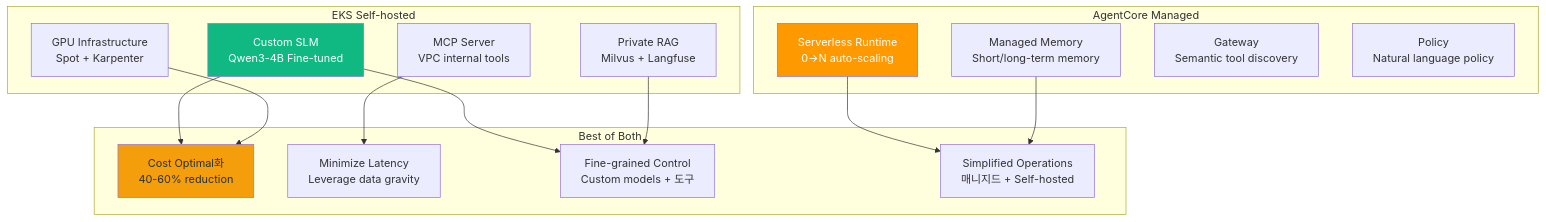
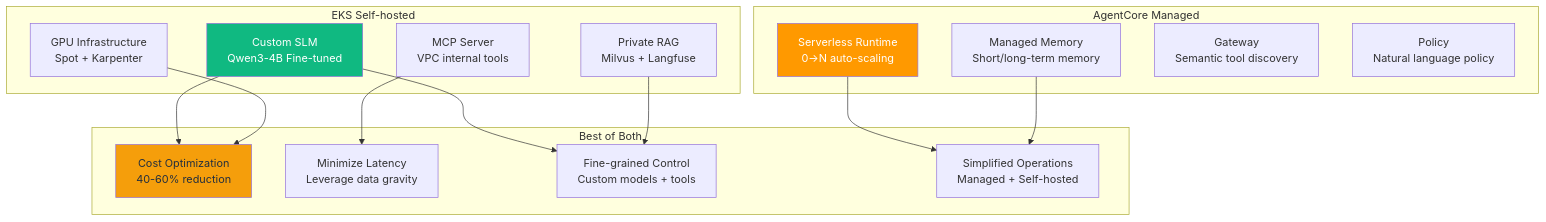
Before and after one commit to devfloor9/engineering-playbook: the first of 11 diagrams in i18n/en/docusaurus-plugin-content-docs/current/agentic-ai-platform/design-architecture/platform-selection/agentcore-hybrid-strategy.md, drawn with Mermaid. The commit also changed other lines of this file and 72 other files, not shown here.

````diff
--- a/i18n/en/docusaurus-plugin-content-docs/current/agentic-ai-platform/design-architecture/platform-selection/agentcore-hybrid-strategy.md
+++ b/i18n/en/docusaurus-plugin-content-docs/current/agentic-ai-platform/design-architecture/platform-selection/agentcore-hybrid-strategy.md
@@ -55,35 +61,35 @@
 ```mermaid
 graph TB
     subgraph "AgentCore Managed"
         AC_RUNTIME["Serverless Runtime<br/>0→N auto-scaling"]
         AC_MEMORY["Managed Memory<br/>Short/long-term memory"]
         AC_GATEWAY["Gateway<br/>Semantic tool discovery"]
         AC_POLICY["Policy<br/>Natural language policy"]
     end
     
     subgraph "EKS Self-hosted"
         EKS_SLM["Custom SLM<br/>Qwen3-4B Fine-tuned"]
         EKS_MCP["MCP Server<br/>VPC internal tools"]
         EKS_RAG["Private RAG<br/>Milvus + Langfuse"]
         EKS_INFRA["GPU Infrastructure<br/>Spot + Karpenter"]
     end
     
     subgraph "Best of Both"
-        COST["Cost Optimal화<br/>40-60% reduction"]
+        COST["Cost Optimization<br/>40-60% reduction"]
         LATENCY["Minimize Latency<br/>Leverage data gravity"]
-        CONTROL["Fine-grained Control<br/>Custom models + 도구"]
-        SIMPLE["Simplified Operations<br/>매니지드 + Self-hosted"]
+        CONTROL["Fine-grained Control<br/>Custom models + tools"]
+        SIMPLE["Simplified Operations<br/>Managed + Self-hosted"]
     end
     
     AC_RUNTIME --> SIMPLE
     AC_MEMORY --> SIMPLE
     EKS_SLM --> COST
     EKS_SLM --> CONTROL
     EKS_MCP --> LATENCY
     EKS_RAG --> CONTROL
     EKS_INFRA --> COST
     
     style AC_RUNTIME fill:#ff9900,color:#fff
     style EKS_SLM fill:#10b981,color:#fff
     style COST fill:#f59e0b,color:#232f3e
 ```
````
